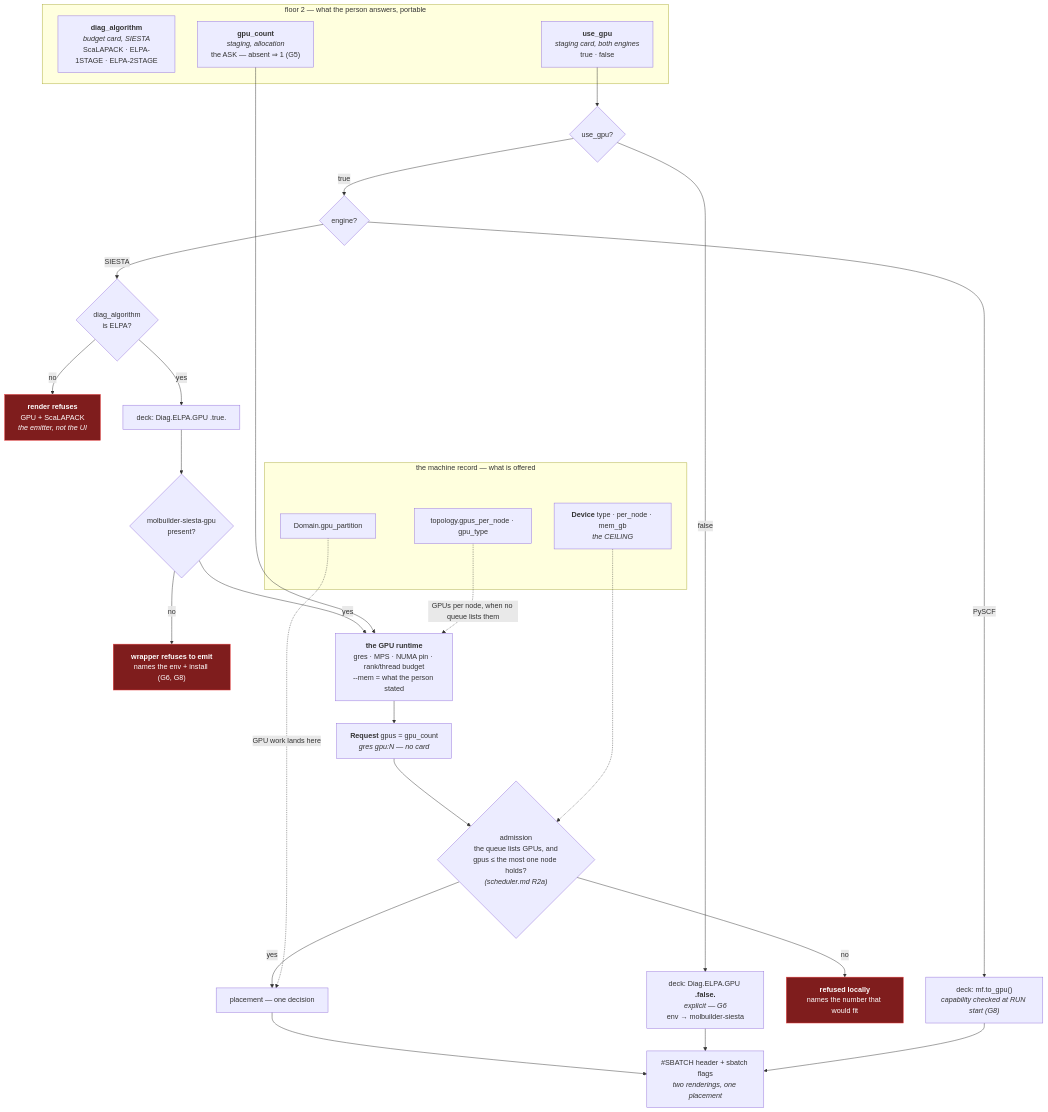
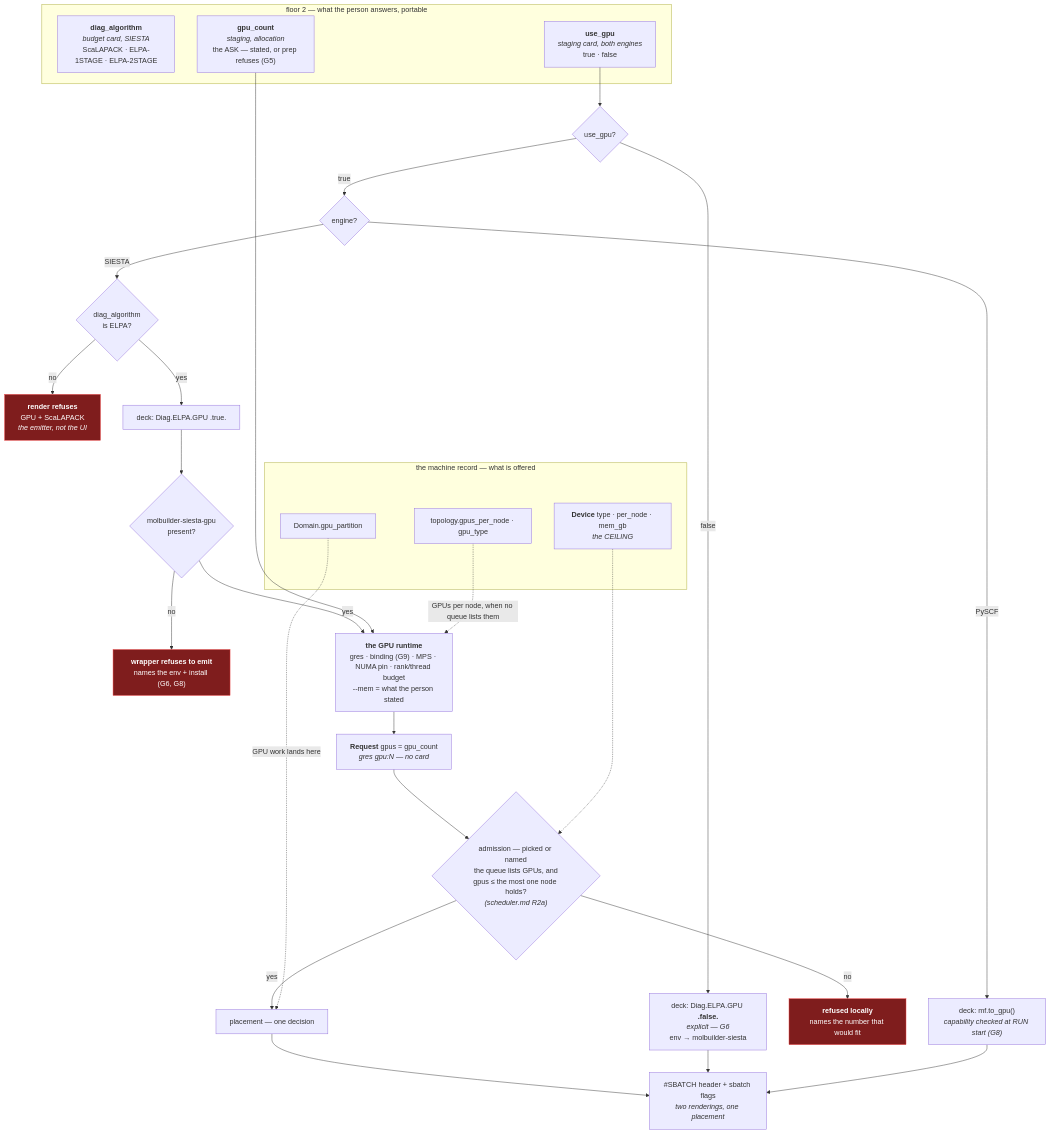
Before and after one commit to Qing-LAB/molbuilder: the diagram in docs/execution/gpu.md, drawn with Mermaid. The commit also changed other lines of this file and 51 other files, not shown here.

````diff
--- a/docs/execution/gpu.md
+++ b/docs/execution/gpu.md
@@ -135,44 +209,44 @@
 ```mermaid
 flowchart TB
     subgraph ASK["floor 2 — what the person answers, portable"]
         SOLVER["<b>diag_algorithm</b><br/><i>budget card, SIESTA</i><br/>ScaLAPACK · ELPA-1STAGE · ELPA-2STAGE"]
         WANT["<b>use_gpu</b><br/><i>staging card, both engines</i><br/>true · false"]
-        COUNT["<b>gpu_count</b><br/><i>staging, allocation</i><br/>the ASK — absent ⇒ 1 (G5)"]
+        COUNT["<b>gpu_count</b><br/><i>staging, allocation</i><br/>the ASK — stated, or prep refuses (G5)"]
     end
 
     subgraph MACH["the machine record — what is offered"]
         DEV["<b>Device</b> type · per_node · mem_gb<br/><i>the CEILING</i>"]
         TOPO["topology.gpus_per_node · gpu_type"]
         PART["Domain.gpu_partition"]
     end
 
     WANT --> Q1{"use_gpu?"}
     Q1 -->|false| CPU["deck: Diag.ELPA.GPU <b>.false.</b><br/><i>explicit — G6</i><br/>env → molbuilder-siesta"]
     Q1 -->|true| Q2{"engine?"}
 
     Q2 -->|SIESTA| Q3{"diag_algorithm<br/>is ELPA?"}
     Q3 -->|no| REFUSE1["<b>render refuses</b><br/>GPU + ScaLAPACK<br/><i>the emitter, not the UI</i>"]
     Q3 -->|yes| DECK["deck: Diag.ELPA.GPU .true."]
     Q2 -->|PySCF| PYDECK["deck: mf.to_gpu()<br/><i>capability checked at RUN start (G8)</i>"]
 
     DECK --> ENV{"molbuilder-siesta-gpu<br/>present?"}
     ENV -->|no| REFUSE2["<b>wrapper refuses to emit</b><br/>names the env + install (G6, G8)"]
-    ENV -->|yes| RT["<b>the GPU runtime</b><br/>gres · MPS · NUMA pin · rank/thread budget<br/>--mem = what the person stated"]
+    ENV -->|yes| RT["<b>the GPU runtime</b><br/>gres · binding (G9) · MPS · NUMA pin · rank/thread budget<br/>--mem = what the person stated"]
 
     COUNT --> RT
     TOPO -.->|"GPUs per node, when no queue lists them"| RT
     RT --> REQ["<b>Request</b> gpus = gpu_count<br/><i>gres gpu:N — no card</i>"]
 
-    REQ --> ADMIT{"admission<br/>the queue lists GPUs, and<br/>gpus ≤ the most one node holds?<br/><i>(scheduler.md R2a)</i>"}
+    REQ --> ADMIT{"admission — picked or named<br/>the queue lists GPUs, and<br/>gpus ≤ the most one node holds?<br/><i>(scheduler.md R2a)</i>"}
     DEV -.-> ADMIT
     ADMIT -->|no| REFUSE3["<b>refused locally</b><br/>names the number that would fit"]
     ADMIT -->|yes| PLACE["placement — one decision"]
     PART -.->|"GPU work lands here"| PLACE
     PLACE --> OUT["#SBATCH header + sbatch flags<br/><i>two renderings, one placement</i>"]
 
     CPU --> OUT
     PYDECK --> OUT
 
     classDef refuse fill:#7f1d1d,stroke:#ef4444,color:#fff
     class REFUSE1,REFUSE2,REFUSE3 refuse
 ```
````
